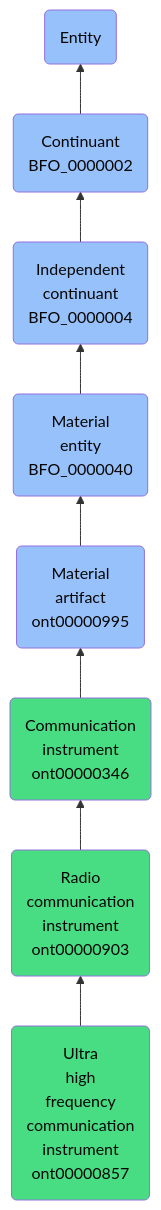
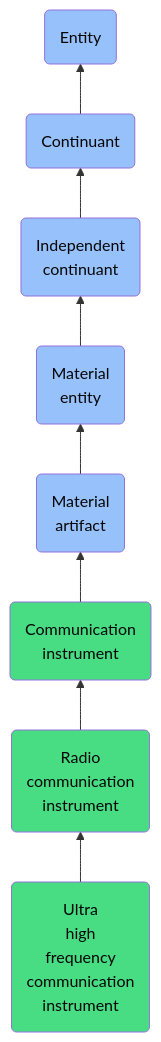
Before and after one commit to jupyter-naas/abi: the diagram in docs/ontology/reference/model/Entity/Continuant/Independent continuant/Material entity/Material artifact/Communication instrument/Radio communication instrument/Ultra high frequency communication instrument/Ultra high frequency communication instrument.md, drawn with Mermaid. The commit also changed other lines of this file and 1430 other files, not shown here.

````diff
--- a/docs/ontology/reference/model/Entity/Continuant/Independent continuant/Material entity/Material artifact/Communication instrument/Radio communication instrument/Ultra high frequency communication instrument/Ultra high frequency communication instrument.md
+++ b/docs/ontology/reference/model/Entity/Continuant/Independent continuant/Material entity/Material artifact/Communication instrument/Radio communication instrument/Ultra high frequency communication instrument/Ultra high frequency communication instrument.md
@@ -24,15 +24,15 @@
 ```mermaid
 graph BT
-    ont00000857(Ultra<br>high<br>frequency<br>communication<br>instrument<br>ont00000857):::ABI-->ont00000903
-    ont00000903(Radio<br>communication<br>instrument<br>ont00000903):::ABI-->ont00000346
-    ont00000346(Communication<br>instrument<br>ont00000346):::ABI-->ont00000995
-    ont00000995(Material<br>artifact<br>ont00000995):::BFO-->BFO_0000040
-    BFO_0000040(Material<br>entity<br>BFO_0000040):::BFO-->BFO_0000004
-    BFO_0000004(Independent<br>continuant<br>BFO_0000004):::BFO-->BFO_0000002
-    BFO_0000002(Continuant<br>BFO_0000002):::BFO-->BFO_0000001
+    ont00000857(Ultra<br>high<br>frequency<br>communication<br>instrument):::ABI-->ont00000903
+    ont00000903(Radio<br>communication<br>instrument):::ABI-->ont00000346
+    ont00000346(Communication<br>instrument):::ABI-->ont00000995
+    ont00000995(Material<br>artifact):::BFO-->BFO_0000040
+    BFO_0000040(Material<br>entity):::BFO-->BFO_0000004
+    BFO_0000004(Independent<br>continuant):::BFO-->BFO_0000002
+    BFO_0000002(Continuant):::BFO-->BFO_0000001
     BFO_0000001(Entity):::BFO
     
     classDef BFO fill:#97c1fb,color:#060606
     classDef CCO fill:#e4c51e,color:#060606
     classDef ABI fill:#48DD82,color:#060606
 ```
````
